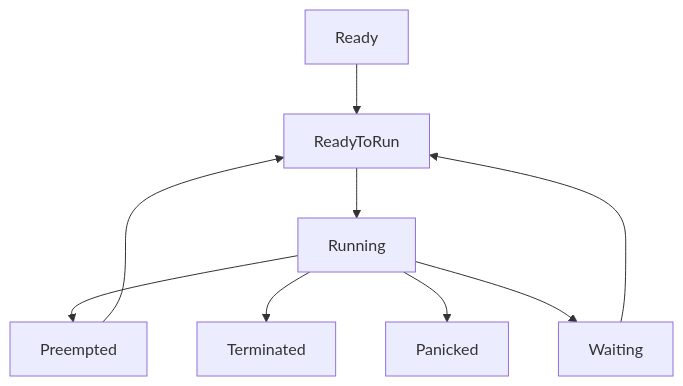
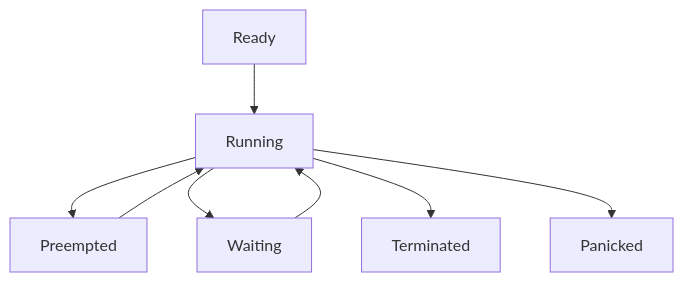
The diagram in specification/awkernel_async_lib/src/task/cooperative/README.md (tier4/awkernel), drawn with Mermaid before and after one commit. The commit also changed other lines of this file and 3 other files, not shown here.

````diff
--- a/specification/awkernel_async_lib/src/task/cooperative/README.md
+++ b/specification/awkernel_async_lib/src/task/cooperative/README.md
@@ -105,10 +98,8 @@
 ```mermaid
 graph TD;
-    Ready-->ReadyToRun;
-    ReadyToRun-->Running;
-    Running-->Preempted-->ReadyToRun;
+    Ready-->Running;
+    Running-->Preempted-->Running;
+    Running-->Waiting-->Running;
     Running-->Terminated;
     Running-->Panicked;
-    Running-->Waiting;
-    Waiting-->ReadyToRun;
 ```
````
